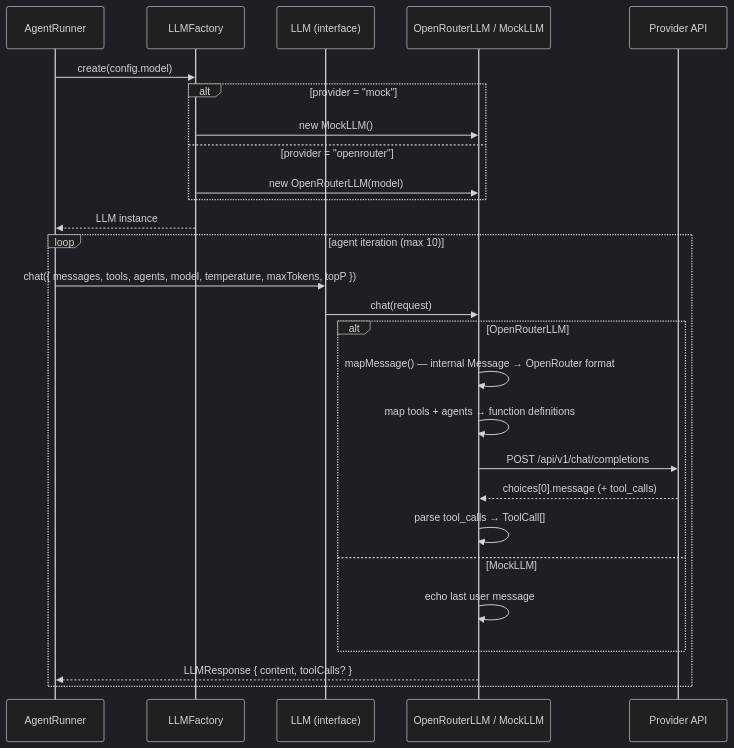
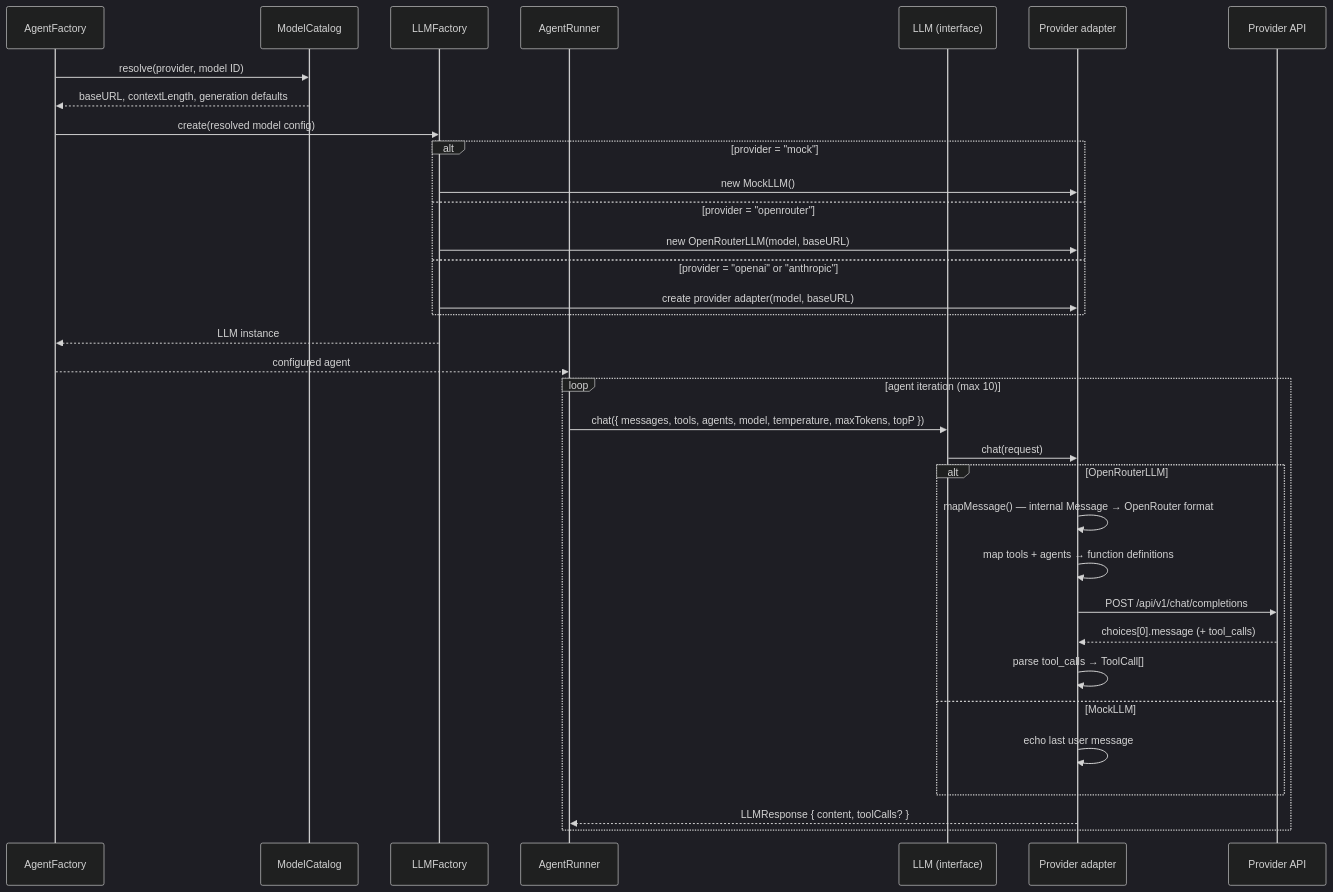
One commit to imKashyap/agentic-harness changed the diagram in docs/diagrams/adapter-flow.mmd. Above: the diagram before and after it, drawn with Mermaid (dark theme). The commit also changed 44 other files, not shown here.

Commit message:
feat(llm): implement dynamic LLM provider, model, and inference configuration management

```diff
--- a/docs/diagrams/adapter-flow.mmd
+++ b/docs/diagrams/adapter-flow.mmd
@@ -1,29 +1,36 @@
 sequenceDiagram
+    participant AF as AgentFactory
+    participant MC as ModelCatalog
+    participant LF as LLMFactory
     participant AR as AgentRunner
-    participant LF as LLMFactory
     participant LLM as LLM (interface)
-    participant Adapter as OpenRouterLLM / MockLLM
+    participant Adapter as Provider adapter
     participant API as Provider API
 
-    AR->>LF: create(config.model)
+    AF->>MC: resolve(provider, model ID)
+    MC-->>AF: baseURL, contextLength, generation defaults
+    AF->>LF: create(resolved model config)
     alt provider = "mock"
         LF->>Adapter: new MockLLM()
     else provider = "openrouter"
-        LF->>Adapter: new OpenRouterLLM(model)
+        LF->>Adapter: new OpenRouterLLM(model, baseURL)
+    else provider = "openai" or "anthropic"
+        LF->>Adapter: create provider adapter(model, baseURL)
     end
-    LF-->>AR: LLM instance
+    LF-->>AF: LLM instance
+    AF-->>AR: configured agent
 
     loop agent iteration (max 10)
         AR->>LLM: chat({ messages, tools, agents, model, temperature, maxTokens, topP })
         LLM->>Adapter: chat(request)
         alt OpenRouterLLM
             Adapter->>Adapter: mapMessage() — internal Message → OpenRouter format
             Adapter->>Adapter: map tools + agents → function definitions
             Adapter->>API: POST /api/v1/chat/completions
             API-->>Adapter: choices[0].message (+ tool_calls)
             Adapter->>Adapter: parse tool_calls → ToolCall[]
         else MockLLM
             Adapter->>Adapter: echo last user message
         end
         Adapter-->>AR: LLMResponse { content, toolCalls? }
     end
```
